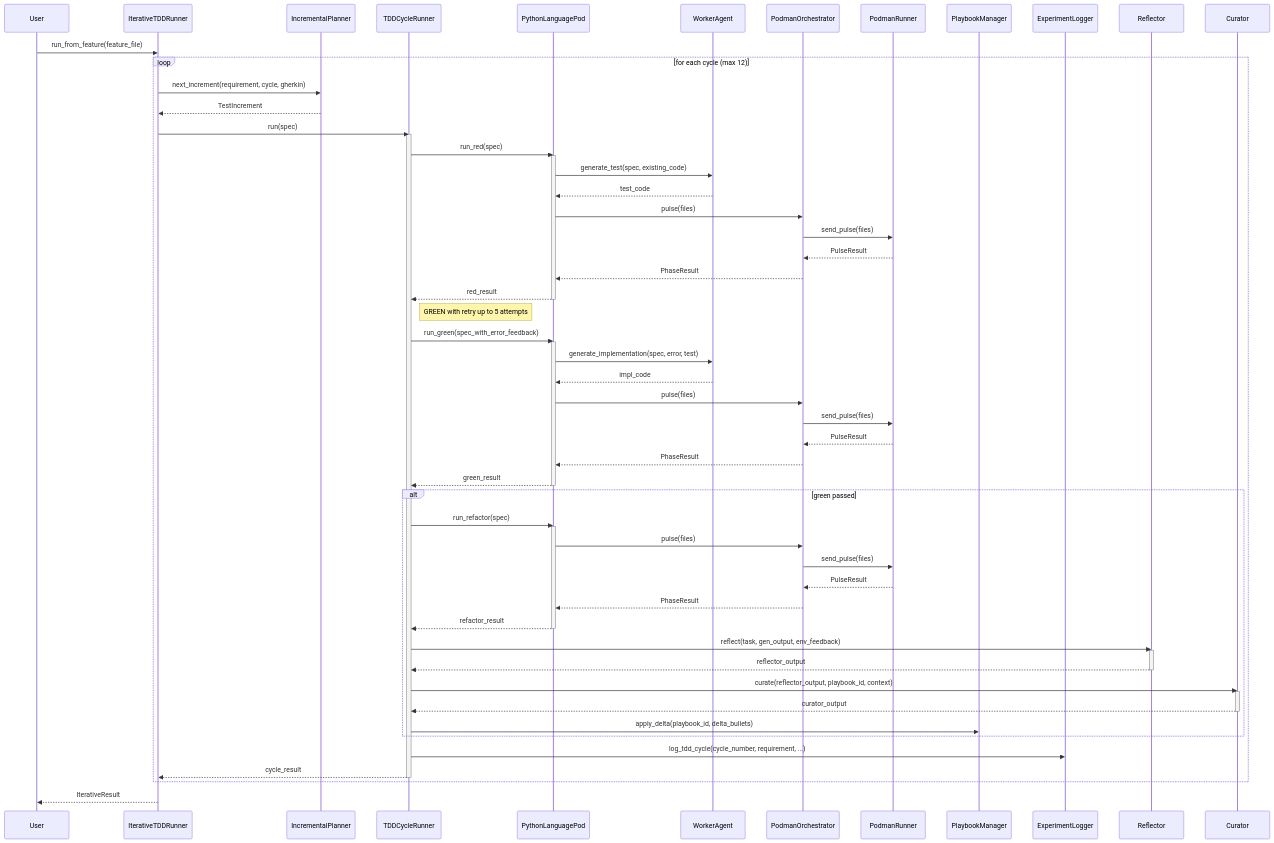
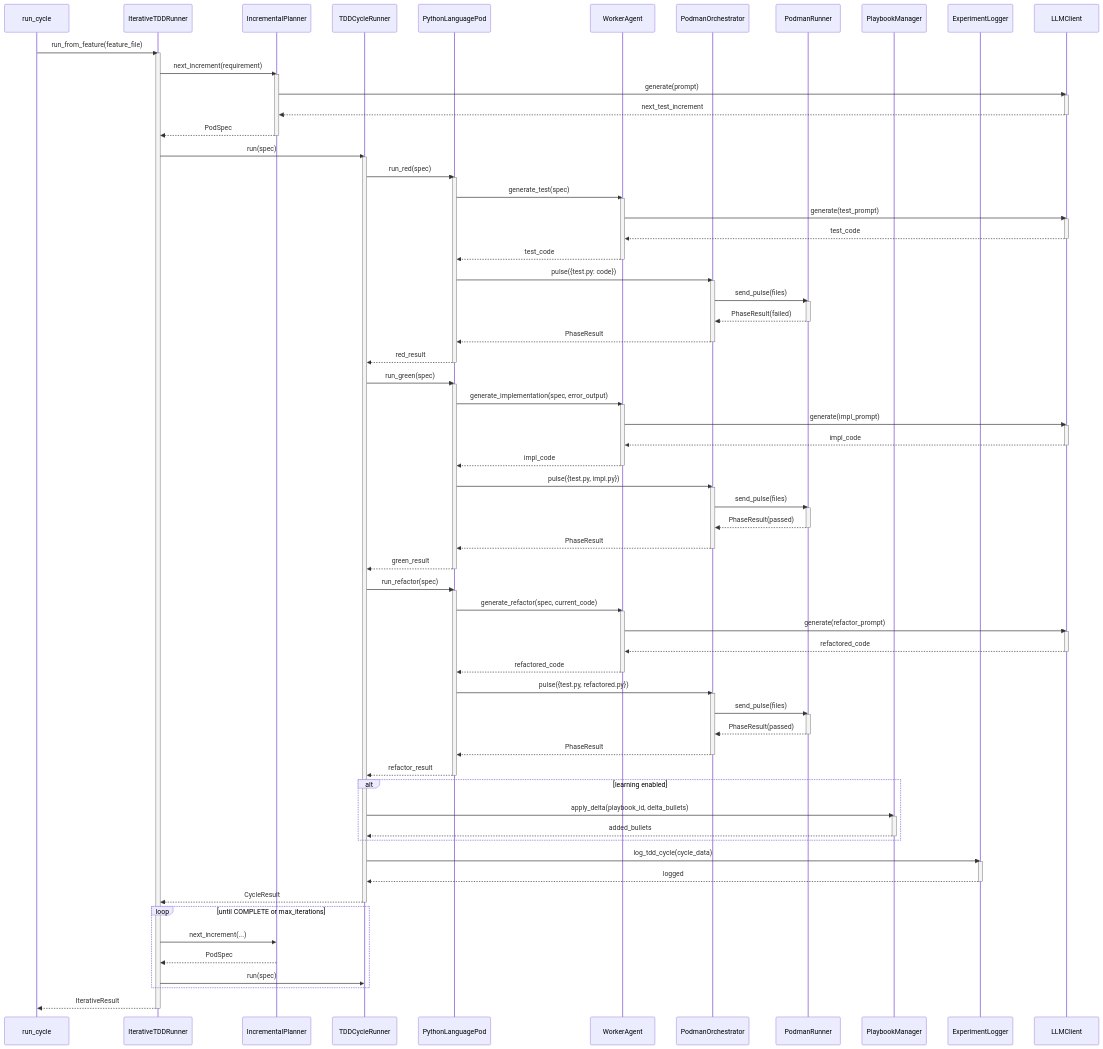
Before and after one commit to carlhuxley/ace_enterprise: the diagram in docs/SYSTEM_ARCHITECTURE.md, drawn with Mermaid. The commit also changed other lines of this file and 13 other files, not shown here.

````diff
--- a/docs/SYSTEM_ARCHITECTURE.md
+++ b/docs/SYSTEM_ARCHITECTURE.md
@@ -42,67 +53,112 @@
 ```mermaid
 sequenceDiagram
-    participant User
+    participant Main as run_cycle
     participant Runner as IterativeTDDRunner
     participant Planner as IncrementalPlanner
     participant Cycle as TDDCycleRunner
     participant Pod as PythonLanguagePod
     participant Worker as WorkerAgent
     participant Orch as PodmanOrchestrator
-    participant Pman as PodmanRunner
-    participant Pbook as PlaybookManager
-    participant Log as ExperimentLogger
-    participant Reflect as Reflector
-    participant Curate as Curator
+    participant Cont as PodmanRunner
+    participant Playbook as PlaybookManager
+    participant Logger as ExperimentLogger
+    participant LLM as LLMClient
 
-    User->>Runner: run_from_feature(feature_file)
-    loop for each cycle (max 12)
-        Runner->>Planner: next_increment(requirement, cycle, gherkin)
-        Planner-->>Runner: TestIncrement
+    Main->>Runner: run_from_feature(feature_file)
+    activate Runner
+    Runner->>Planner: next_increment(requirement)
+    activate Planner
+    Planner->>LLM: generate(prompt)
+    activate LLM
+    LLM-->>Planner: next_test_increment
+    deactivate LLM
+    Planner-->>Runner: PodSpec
+    deactivate Planner
+    Runner->>Cycle: run(spec)
+    activate Cycle
+
+    Cycle->>Pod: run_red(spec)
+    activate Pod
+    Pod->>Worker: generate_test(spec)
+    activate Worker
+    Worker->>LLM: generate(test_prompt)
+    activate LLM
+    LLM-->>Worker: test_code
+    deactivate LLM
+    Worker-->>Pod: test_code
+    deactivate Worker
+    Pod->>Orch: pulse({test.py: code})
+    activate Orch
+    Orch->>Cont: send_pulse(files)
+    activate Cont
+    Cont-->>Orch: PhaseResult(failed)
+    deactivate Cont
+    Orch-->>Pod: PhaseResult
+    deactivate Orch
+    Pod-->>Cycle: red_result
+    deactivate Pod
+
+    Cycle->>Pod: run_green(spec)
+    activate Pod
+    Pod->>Worker: generate_implementation(spec, error_output)
+    activate Worker
+    Worker->>LLM: generate(impl_prompt)
+    activate LLM
+    LLM-->>Worker: impl_code
+    deactivate LLM
+    Worker-->>Pod: impl_code
+    deactivate Worker
+    Pod->>Orch: pulse({test.py, impl.py})
+    activate Orch
+    Orch->>Cont: send_pulse(files)
+    activate Cont
+    Cont-->>Orch: PhaseResult(passed)
+    deactivate Cont
+    Orch-->>Pod: PhaseResult
+    deactivate Orch
+    Pod-->>Cycle: green_result
+    deactivate Pod
+
+    Cycle->>Pod: run_refactor(spec)
+    activate Pod
+    Pod->>Worker: generate_refactor(spec, current_code)
+    activate Worker
+    Worker->>LLM: generate(refactor_prompt)
+    activate LLM
+    LLM-->>Worker: refactored_code
+    deactivate LLM
+    Worker-->>Pod: refactored_code
+    deactivate Worker
+    Pod->>Orch: pulse({test.py, refactored.py})
+    activate Orch
+    Orch->>Cont: send_pulse(files)
+    activate Cont
+    Cont-->>Orch: PhaseResult(passed)
+    deactivate Cont
+    Orch-->>Pod: PhaseResult
+    deactivate Orch
+    Pod-->>Cycle: refactor_result
+    deactivate Pod
+
+    alt learning enabled
+        Cycle->>Playbook: apply_delta(playbook_id, delta_bullets)
+        activate Playbook
+        Playbook-->>Cycle: added_bullets
+        deactivate Playbook
+    end
+    Cycle->>Logger: log_tdd_cycle(cycle_data)
+    activate Logger
+    Logger-->>Cycle: logged
+    deactivate Logger
+    Cycle-->>Runner: CycleResult
+    deactivate Cycle
+
+    loop until COMPLETE or max_iterations
+        Runner->>Planner: next_increment(...)
+        Planner-->>Runner: PodSpec
         Runner->>Cycle: run(spec)
-        activate Cycle
-        Cycle->>Pod: run_red(spec)
-        activate Pod
-        Pod->>Worker: generate_test(spec, existing_code)
-        Worker-->>Pod: test_code
-        Pod->>Orch: pulse(files)
-        Orch->>Pman: send_pulse(files)
-        Pman-->>Orch: PulseResult
-        Orch-->>Pod: PhaseResult
-        Pod-->>Cycle: red_result
-        deactivate Pod
-        Note right of Cycle: GREEN with retry up to 5 attempts
-        Cycle->>Pod: run_green(spec_with_error_feedback)
-        activate Pod
-        Pod->>Worker: generate_implementation(spec, error, test)
-        Worker-->>Pod: impl_code
-        Pod->>Orch: pulse(files)
-        Orch->>Pman: send_pulse(files)
-        Pman-->>Orch: PulseResult
-        Orch-->>Pod: PhaseResult
-        Pod-->>Cycle: green_result
-        deactivate Pod
-        alt green passed
-            Cycle->>Pod: run_refactor(spec)
-            activate Pod
-            Pod->>Orch: pulse(files)
-            Orch->>Pman: send_pulse(files)
-            Pman-->>Orch: PulseResult
-            Orch-->>Pod: PhaseResult
-            Pod-->>Cycle: refactor_result
-            deactivate Pod
-            Cycle->>Reflect: reflect(task, gen_output, env_feedback)
-            activate Reflect
-            Reflect-->>Cycle: reflector_output
-            deactivate Reflect
-            Cycle->>Curate: curate(reflector_output, playbook_id, context)
-            activate Curate
-            Curate-->>Cycle: curator_output
-            deactivate Curate
-            Cycle->>Pbook: apply_delta(playbook_id, delta_bullets)
-        end
-        Cycle->>Log: log_tdd_cycle(cycle_number, requirement, ...)
-        Cycle-->>Runner: cycle_result
-        deactivate Cycle
     end
-    Runner-->>User: IterativeResult
+
+    Runner-->>Main: IterativeResult
+    deactivate Runner
 ```
````
